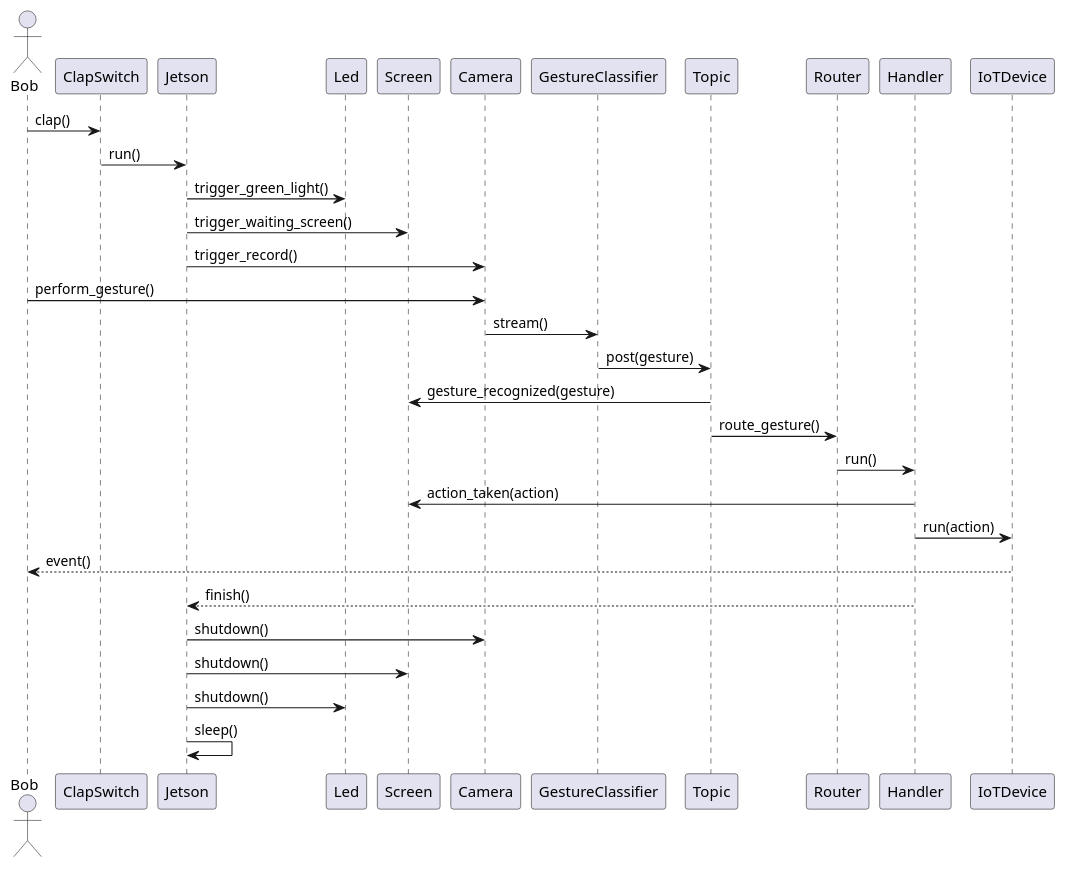
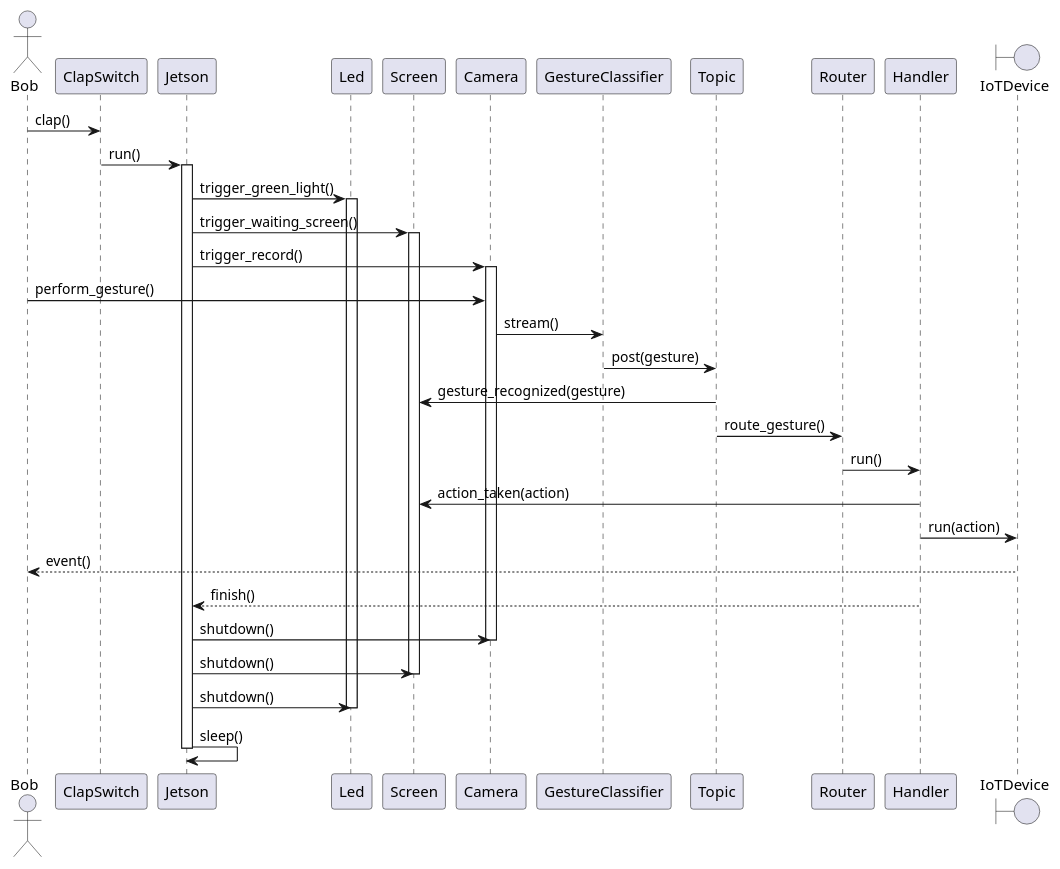
The diagram in overview.puml (capstone-winners/diagrams), drawn with PlantUML before and after one commit.

Commit message:
updated overview with lifecycles

```diff
--- a/overview.puml
+++ b/overview.puml
@@ -2,25 +2,42 @@
 @startuml
 
 actor Bob
 
 Bob -> ClapSwitch: clap()
 ClapSwitch -> Jetson: run()
+activate Jetson
+
 Jetson -> Led: trigger_green_light()
+activate Led
+
 Jetson -> Screen: trigger_waiting_screen()
+activate Screen
+
 Jetson -> Camera: trigger_record()
+activate Camera
+
 Bob -> Camera: perform_gesture()
 Camera -> GestureClassifier: stream()
 GestureClassifier -> Topic: post(gesture)
 Topic -> Screen: gesture_recognized(gesture)
 Topic -> Router: route_gesture()
 Router -> Handler: run()
 Handler -> Screen: action_taken(action)
+
+boundary IoTDevice
 Handler -> IoTDevice: run(action)
 IoTDevice --> Bob: event()
 Handler --> Jetson: finish()
 Jetson -> Camera: shutdown()
+deactivate Camera
+
 Jetson -> Screen: shutdown()
+deactivate Screen
+
 Jetson -> Led: shutdown()
+deactivate Led
+
 Jetson -> Jetson: sleep()
+deactivate Jetson
 
 @enduml
```
